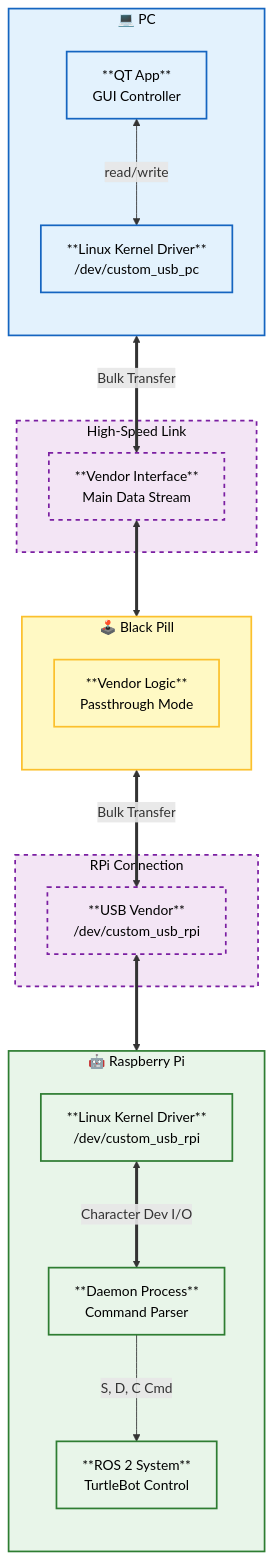
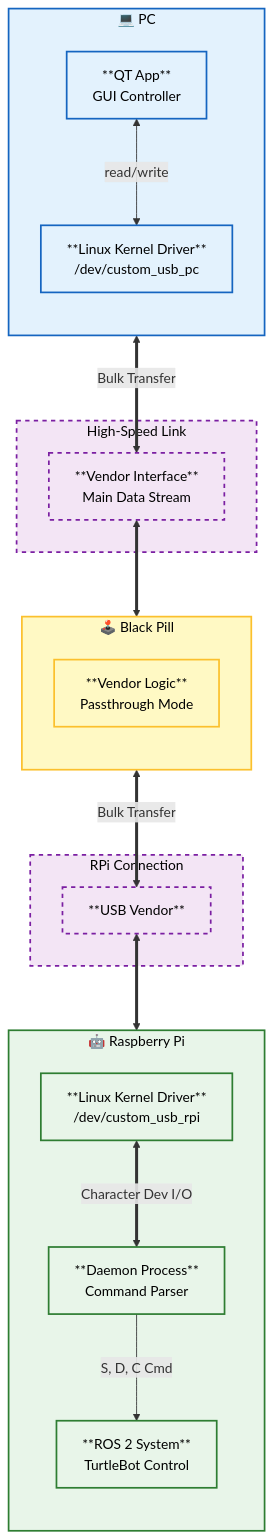
Before and after one commit to ChangHoiAn/example: the first of 4 diagrams in README.md, drawn with Mermaid. The commit also changed other lines of this file, not shown here.

````diff
--- a/README.md
+++ b/README.md
@@ -32,56 +39,56 @@
 ```mermaid
 %%{init: {"themeVariables": {"fontSize": "16px"}, "flowchart": {"useMaxWidth": true, "nodeSpacing": 55, "rankSpacing": 75, "diagramPadding": 10}}}%%
 flowchart TB
     %% 스타일 정의
     classDef pc fill:#e3f2fd,stroke:#1565c0,stroke-width:2px,color:black;
     classDef mcu fill:#fff9c4,stroke:#fbc02d,stroke-width:2px,color:black;
     classDef rpi fill:#e8f5e9,stroke:#2e7d32,stroke-width:2px,color:black;
     classDef usb fill:#f3e5f5,stroke:#7b1fa2,stroke-width:2px,stroke-dasharray: 5 5,color:black;
 
     %% 1. PC
     subgraph PC_Group [💻 PC ]
         direction TB
         QT[**QT App**\nGUI Controller]
         K_PC[**Linux Kernel Driver**\n/dev/custom_usb_pc]
         QT <-->|read/write| K_PC
     end
 
     %% 2. Link PC-STM32
     subgraph USB_Link1 [High-Speed Link]
         L_VEN1[**Vendor Interface**\nMain Data Stream]
     end
 
     %% 3. STM32
     subgraph STM32_Group [🕹️ Black Pill]
         direction TB
         FW_VEN[**Vendor Logic**\nPassthrough Mode]
     end
 
     %% 4. Link STM32-RPi
     subgraph Link_RPi [RPi Connection]
-        L_VEN2[**USB Vendor**\n/dev/custom_usb_rpi]
+        L_VEN2[**USB Vendor**\n]
     end
 
     %% 5. RPi
     subgraph RPI_Group [🤖 Raspberry Pi]
         direction TB
         K_RPI[**Linux Kernel Driver**\n/dev/custom_usb_rpi]
         DAEMON[**Daemon Process**\nCommand Parser]
         ROS2[**ROS 2 System**\nTurtleBot Control]
         
         K_RPI <==>|Character Dev I/O| DAEMON
         DAEMON -->|S, D, C Cmd| ROS2
     end
 
     %% 흐름 연결
     K_PC <==>|Bulk Transfer| L_VEN1
     L_VEN1 <==> FW_VEN
     FW_VEN <==>|Bulk Transfer| L_VEN2
     L_VEN2 <==> K_RPI
 
     %% 스타일 적용
     class PC_Group,QT,K_PC pc;
     class STM32_Group,FW_VEN mcu;
     class RPI_Group,K_RPI,DAEMON,ROS2 rpi;
     class USB_Link1,L_VEN1,Link_RPi,L_VEN2 usb;
 ```
````
